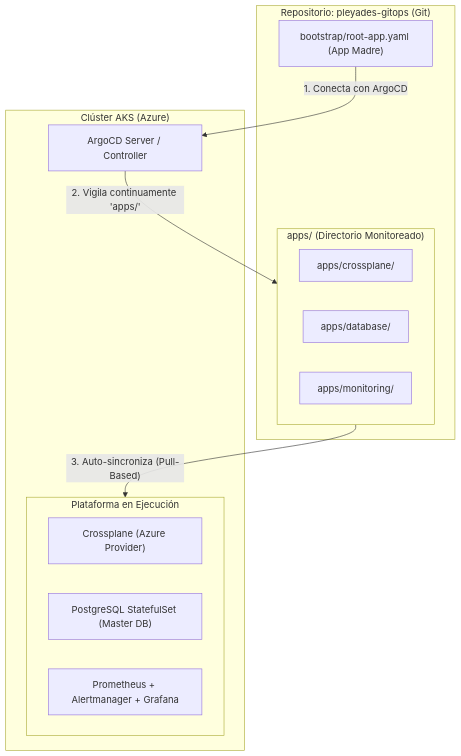
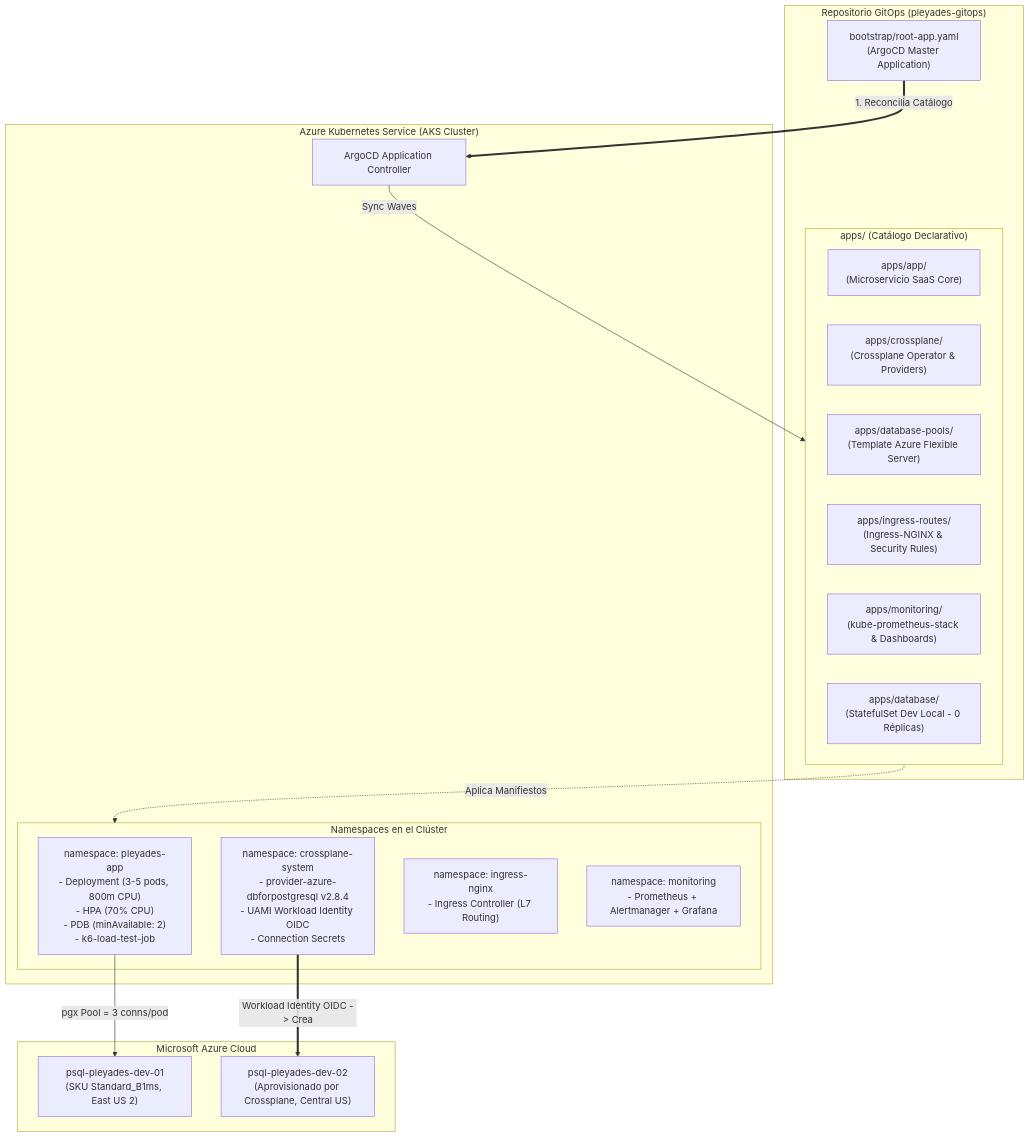
One commit to lopezzuluagaj3-collab/pleyades-gitops changed the first of 2 diagrams in README.md. Above: the diagram before and after it, drawn with Mermaid. The commit also changed other lines of this file, not shown here.

Commit message:
feat/update-comprehensive-readme -> docs: create comprehensive master README detailing repository responsibilities and technical architecture decisions (#35)

````diff
--- a/README.md
+++ b/README.md
@@ -17,26 +35,37 @@
 ```mermaid
 flowchart TD
-    subgraph GitRepository["Repositorio: pleyades-gitops (Git)"]
-        RootAppYAML["bootstrap/root-app.yaml (App Madre)"]
+    subgraph GitRepo["Repositorio GitOps (pleyades-gitops)"]
+        RootApp["bootstrap/root-app.yaml<br/>(ArgoCD Master Application)"]
         
-        subgraph AppsFolder["apps/ (Directorio Monitoreado)"]
-            CrossplaneDef["apps/crossplane/"]
-            DatabaseDef["apps/database/"]
-            MonitoringDef["apps/monitoring/"]
+        subgraph AppsDir["apps/ (Catálogo Declarativo)"]
+            AppWorkload["apps/app/<br/>(Microservicio SaaS Core)"]
+            CrossplanePlat["apps/crossplane/<br/>(Crossplane Operator & Providers)"]
+            DBPools["apps/database-pools/<br/>(Template Azure Flexible Server)"]
+            IngressCtrl["apps/ingress-routes/<br/>(Ingress-NGINX & Security Rules)"]
+            MonitoringStack["apps/monitoring/<br/>(kube-prometheus-stack & Dashboards)"]
+            LegacyDB["apps/database/<br/>(StatefulSet Dev Local - 0 Réplicas)"]
         end
     end
 
-    subgraph AKSCluster["Clúster AKS (Azure)"]
-        ArgoServer["ArgoCD Server / Controller"]
+    subgraph AKSCluster["Azure Kubernetes Service (AKS Cluster)"]
+        ArgoController["ArgoCD Application Controller"]
         
-        subgraph PlatformPods["Plataforma en Ejecución"]
-            CrossplaneOperator["Crossplane (Azure Provider)"]
-            PostgresMaster["PostgreSQL StatefulSet (Master DB)"]
-            SREStack["Prometheus + Alertmanager + Grafana"]
+        subgraph Namespaces["Namespaces en el Clúster"]
+            NSApp["namespace: pleyades-app<br/>- Deployment (3-5 pods, 800m CPU)<br/>- HPA (70% CPU)<br/>- PDB (minAvailable: 2)<br/>- k6-load-test-job"]
+            NSCross["namespace: crossplane-system<br/>- provider-azure-dbforpostgresql v2.8.4<br/>- UAMI Workload Identity OIDC<br/>- Connection Secrets"]
+            NSIngress["namespace: ingress-nginx<br/>- Ingress Controller (L7 Routing)"]
+            NSMon["namespace: monitoring<br/>- Prometheus + Alertmanager + Grafana"]
         end
     end
 
-    RootAppYAML -->|"1. Conecta con ArgoCD"| ArgoServer
-    ArgoServer -->|"2. Vigila continuamente 'apps/'"| AppsFolder
-    AppsFolder -->|"3. Auto-sincroniza (Pull-Based)"| PlatformPods
+    subgraph AzurePaaS["Microsoft Azure Cloud"]
+        FlexServer01["psql-pleyades-dev-01<br/>(SKU Standard_B1ms, East US 2)"]
+        FlexServer02["psql-pleyades-dev-02<br/>(Aprovisionado por Crossplane, Central US)"]
+    end
+
+    RootApp ==>|"1. Reconcilia Catálogo"| ArgoController
+    ArgoController -->|"Sync Waves"| AppsDir
+    AppsDir -.->|"Aplica Manifiestos"| Namespaces
+    NSApp -->|"pgx Pool = 3 conns/pod"| FlexServer01
+    NSCross ==>|"Workload Identity OIDC -> Crea"| FlexServer02
 ```
````
